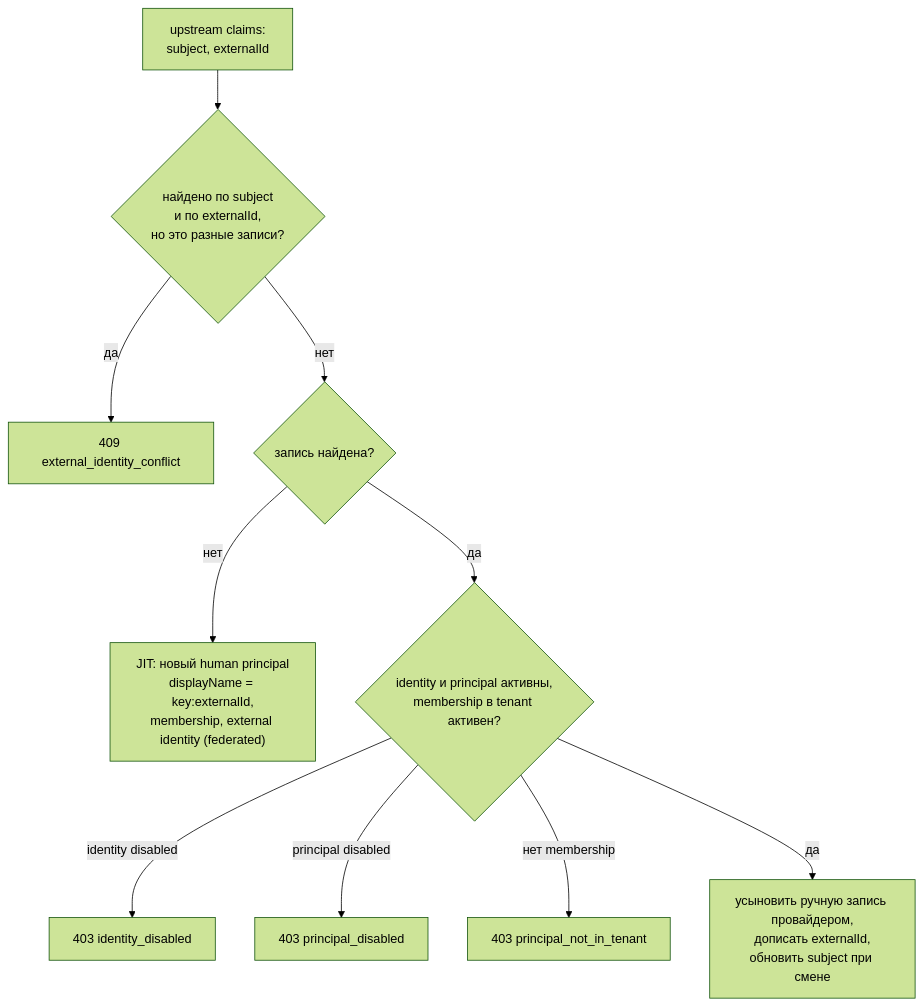
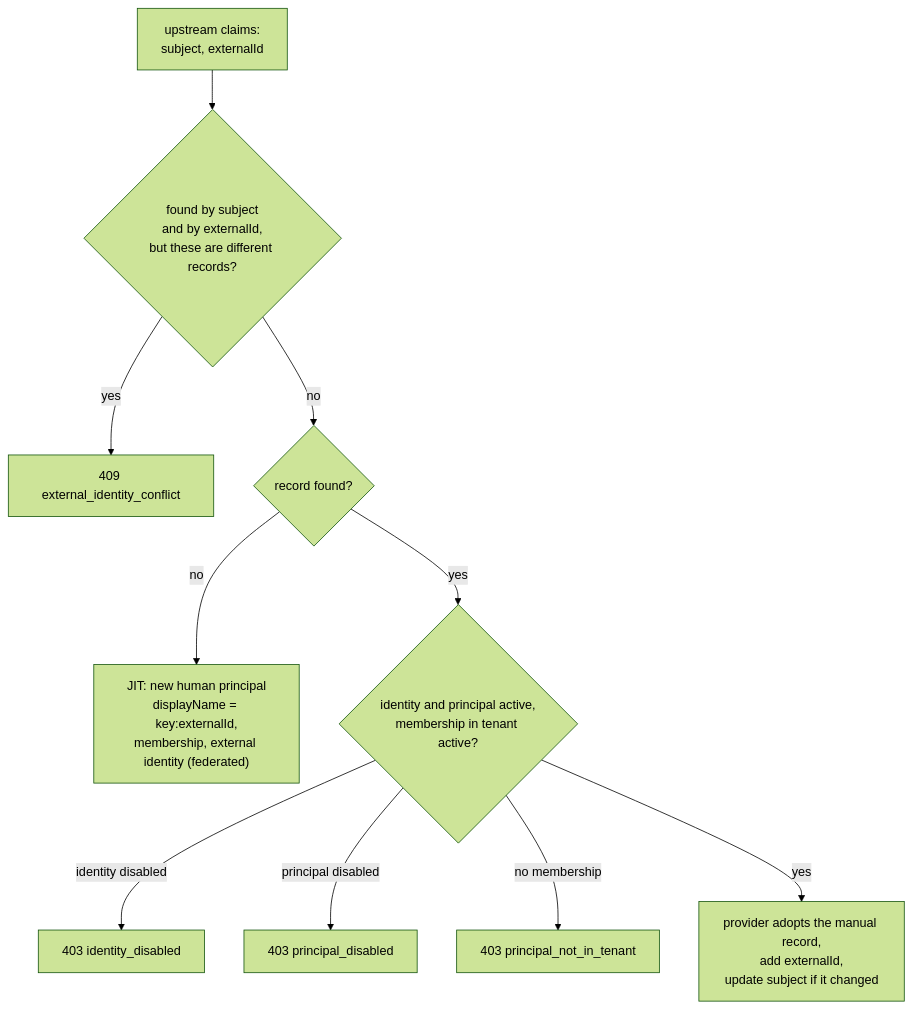
The third of 3 diagrams in guide/docs/iam/federation.md (monthu56/taimen), drawn with Mermaid (forest theme) before and after one commit. The commit also changed other lines of this file and 183 other files, not shown here.

````diff
--- a/guide/docs/iam/federation.md
+++ b/guide/docs/iam/federation.md
@@ -157,12 +165,12 @@
 ```mermaid
 flowchart TD
-    A["upstream claims:<br/>subject, externalId"] --> B{"найдено по subject<br/>и по externalId,<br/>но это разные записи?"}
-    B -- да --> X1["409 external_identity_conflict"]
-    B -- нет --> C{"запись найдена?"}
-    C -- нет --> J["JIT: новый human principal<br/>displayName = key:externalId,<br/>membership, external identity (federated)"]
-    C -- да --> D{"identity и principal активны,<br/>membership в tenant активен?"}
+    A["upstream claims:<br/>subject, externalId"] --> B{"found by subject<br/>and by externalId,<br/>but these are different records?"}
+    B -- yes --> X1["409 external_identity_conflict"]
+    B -- no --> C{"record found?"}
+    C -- no --> J["JIT: new human principal<br/>displayName = key:externalId,<br/>membership, external identity (federated)"]
+    C -- yes --> D{"identity and principal active,<br/>membership in tenant active?"}
     D -- identity disabled --> X2["403 identity_disabled"]
     D -- principal disabled --> X3["403 principal_disabled"]
-    D -- нет membership --> X4["403 principal_not_in_tenant"]
-    D -- да --> E["усыновить ручную запись провайдером,<br/>дописать externalId,<br/>обновить subject при смене"]
+    D -- no membership --> X4["403 principal_not_in_tenant"]
+    D -- yes --> E["provider adopts the manual record,<br/>add externalId,<br/>update subject if it changed"]
 ```
````
